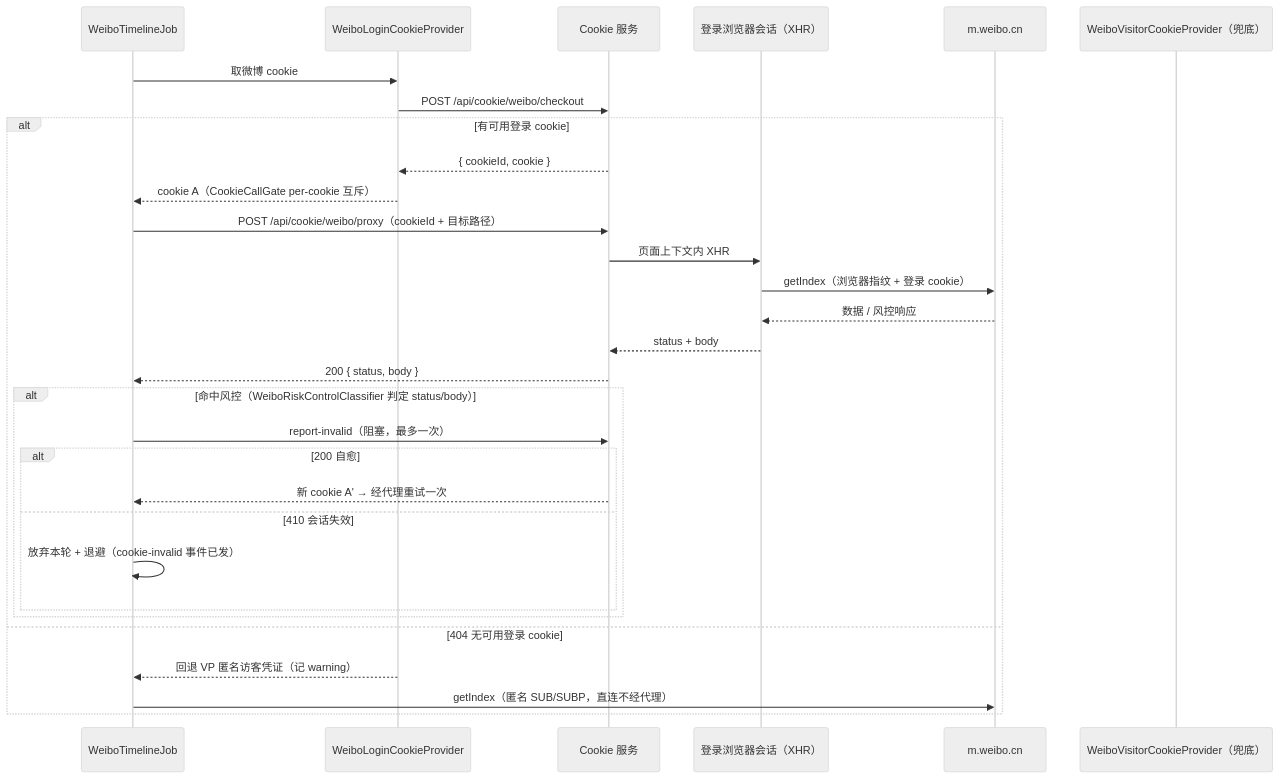
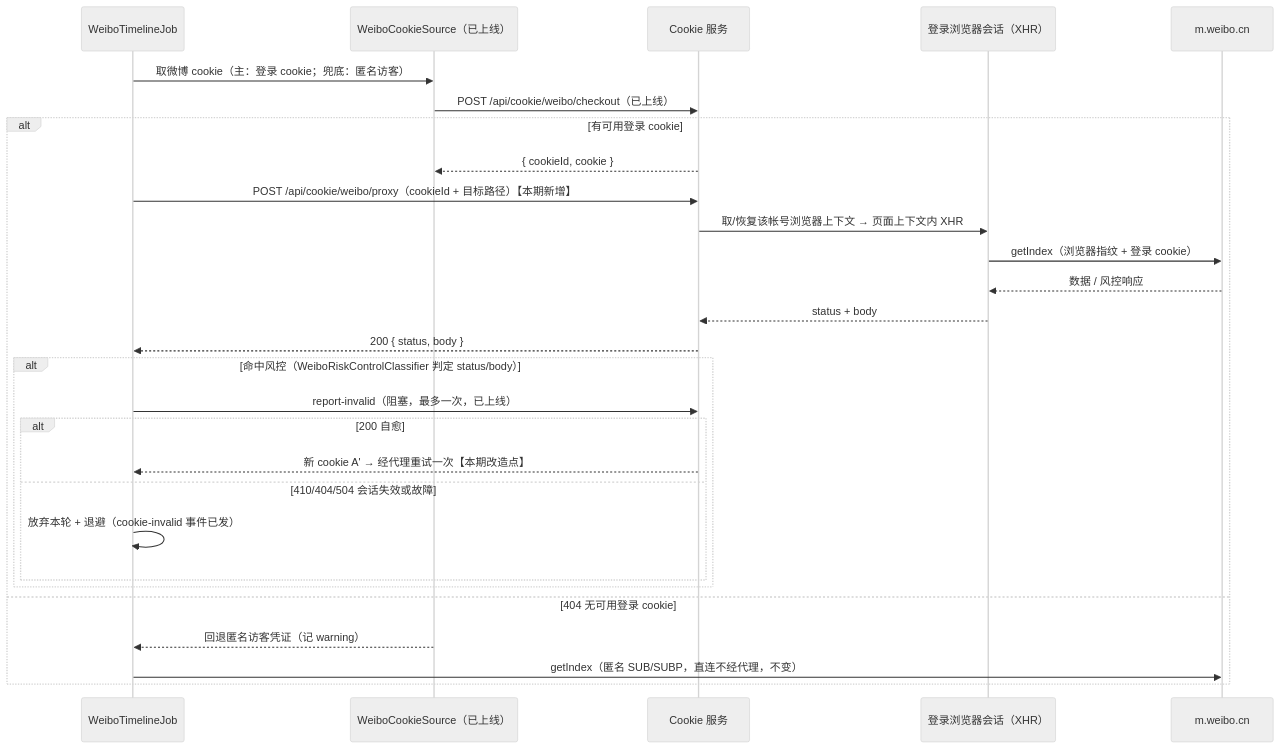
Before and after one commit to Deliay/z-vtuber: the third of 3 diagrams in docs/engineering/proposals/20260913-proposal-weibo-cookie-crawl.md, drawn with Mermaid (neutral theme). The commit also changed other lines of this file and 1 other file, not shown here.

First line of the commit message:
docs: revise weibo-cookie-crawl docs to v1.2, scope to proxy xhr increment

````diff
--- a/docs/engineering/proposals/20260913-proposal-weibo-cookie-crawl.md
+++ b/docs/engineering/proposals/20260913-proposal-weibo-cookie-crawl.md
@@ -195,33 +139,31 @@
 ```mermaid
 sequenceDiagram
     participant Job as WeiboTimelineJob
-    participant LP as WeiboLoginCookieProvider
+    participant Src as WeiboCookieSource（已上线）
     participant CK as Cookie 服务
     participant BR as 登录浏览器会话（XHR）
     participant WB as m.weibo.cn
-    participant VP as WeiboVisitorCookieProvider（兜底）
 
-    Job->>LP: 取微博 cookie
-    LP->>CK: POST /api/cookie/weibo/checkout
+    Job->>Src: 取微博 cookie（主：登录 cookie；兜底：匿名访客）
+    Src->>CK: POST /api/cookie/weibo/checkout（已上线）
     alt 有可用登录 cookie
-        CK-->>LP: { cookieId, cookie }
-        LP-->>Job: cookie A（CookieCallGate per-cookie 互斥）
-        Job->>CK: POST /api/cookie/weibo/proxy（cookieId + 目标路径）
-        CK->>BR: 页面上下文内 XHR
+        CK-->>Src: { cookieId, cookie }
+        Job->>CK: POST /api/cookie/weibo/proxy（cookieId + 目标路径）【本期新增】
+        CK->>BR: 取/恢复该帐号浏览器上下文 → 页面上下文内 XHR
         BR->>WB: getIndex（浏览器指纹 + 登录 cookie）
         WB-->>BR: 数据 / 风控响应
         BR-->>CK: status + body
         CK-->>Job: 200 { status, body }
         alt 命中风控（WeiboRiskControlClassifier 判定 status/body）
-            Job->>CK: report-invalid（阻塞，最多一次）
+            Job->>CK: report-invalid（阻塞，最多一次，已上线）
             alt 200 自愈
-                CK-->>Job: 新 cookie A' → 经代理重试一次
-            else 410 会话失效
+                CK-->>Job: 新 cookie A' → 经代理重试一次【本期改造点】
+            else 410/404/504 会话失效或故障
                 Job->>Job: 放弃本轮 + 退避（cookie-invalid 事件已发）
             end
         end
     else 404 无可用登录 cookie
-        LP-->>Job: 回退 VP 匿名访客凭证（记 warning）
-        Job->>WB: getIndex（匿名 SUB/SUBP，直连不经代理）
+        Src-->>Job: 回退匿名访客凭证（记 warning）
+        Job->>WB: getIndex（匿名 SUB/SUBP，直连不经代理，不变）
     end
 ```
````
